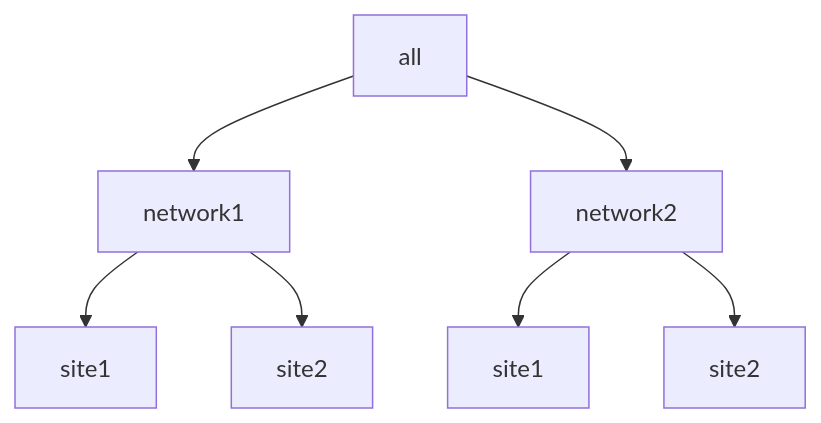
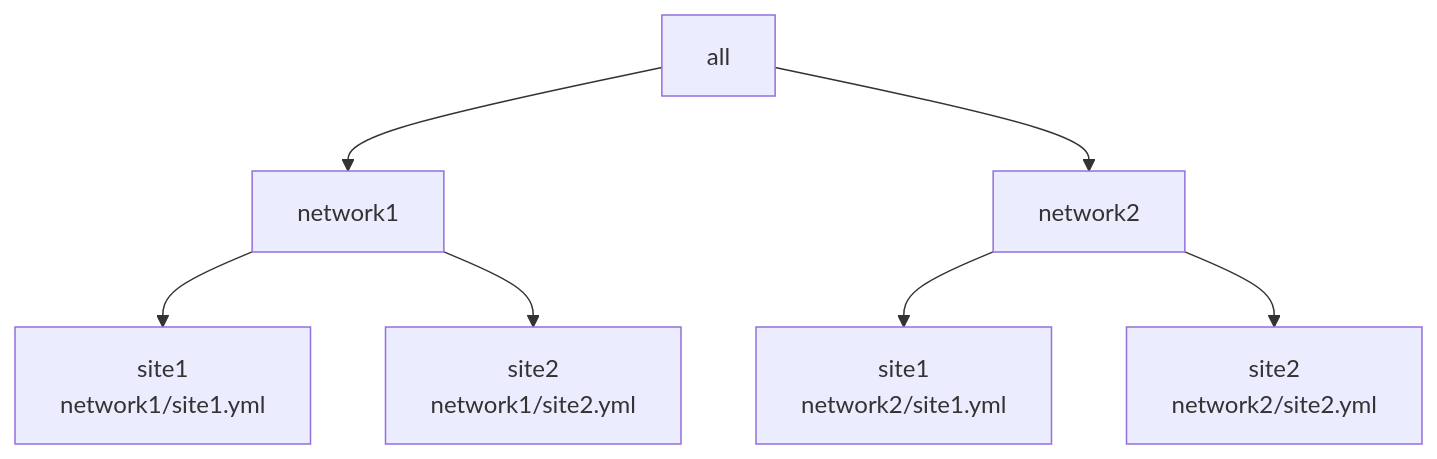
Before and after one commit to lj020326/Ansible-inventory-file-examples: the first of 2 diagrams in tests/ansible-multiple-yaml-inventories/example2/README.md, drawn with Mermaid. The commit also changed other lines of this file and 9 other files, not shown here.

````diff
--- a/tests/ansible-multiple-yaml-inventories/example2/README.md
+++ b/tests/ansible-multiple-yaml-inventories/example2/README.md
@@ -55,9 +18,9 @@
 ```mermaid
 graph TD;
     A[all] --> B[network1]
     A[all] --> C[network2]
-    B --> D[site1]
-    B --> E[site2]
-    C --> F[site1]
-    C --> G[site2]
+    B --> D["site1<br>network1/site1.yml"]
+    B --> E["site2<br>network1/site2.yml"]
+    C --> F["site1<br>network2/site1.yml"]
+    C --> G["site2<br>network2/site2.yml"]
 ```
````
